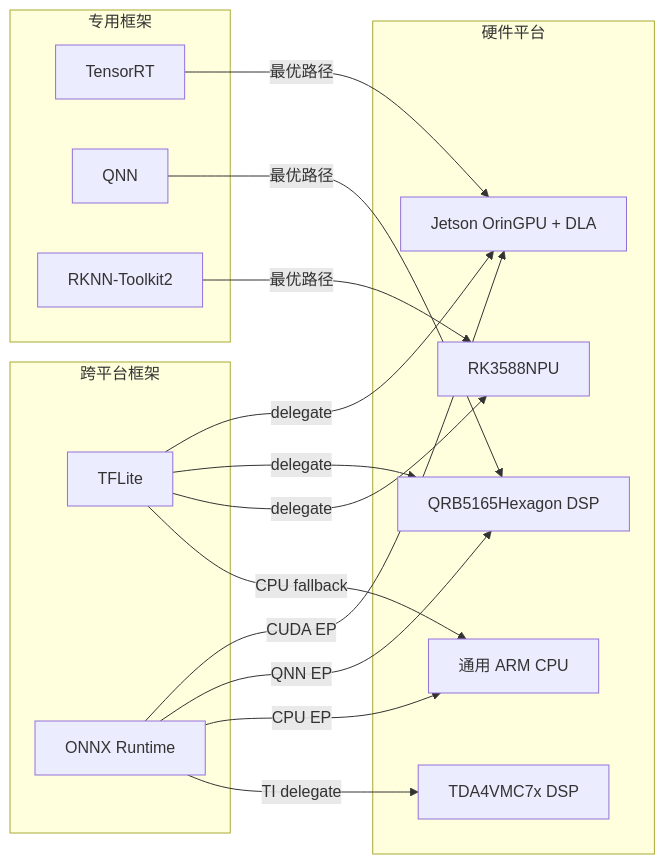
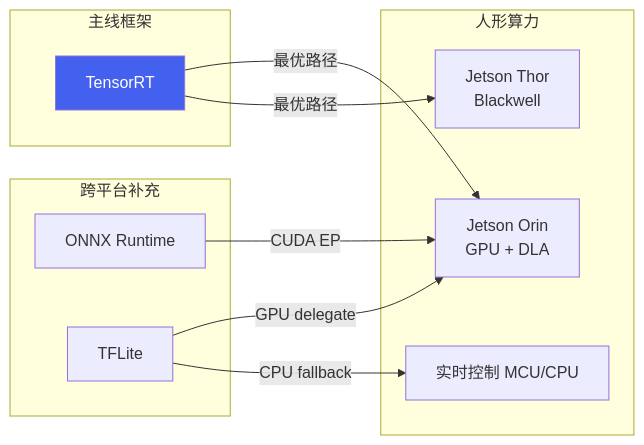
Before and after one commit to ranpin/edge-ai-docs: the second of 3 diagrams in robot/general/platforms.md, drawn with Mermaid. The commit also changed other lines of this file and 7 other files, not shown here.

````diff
--- a/robot/general/platforms.md
+++ b/robot/general/platforms.md
@@ -101,33 +125,22 @@
 ```mermaid
 graph LR
-    subgraph 专用框架
+    subgraph 主线框架
         TRT["TensorRT"]
-        QNN_F["QNN"]
-        RKNN_F["RKNN-Toolkit2"]
     end
+    subgraph 跨平台补充
+        ORT["ONNX Runtime"]
+        TFL["TFLite"]
+    end
+    subgraph 人形算力
+        ORIN["Jetson Orin<br/>GPU + DLA"]
+        THOR["Jetson Thor<br/>Blackwell"]
+        CPU["实时控制 MCU/CPU"]
+    end
+    TRT -->|最优路径| ORIN
+    TRT -->|最优路径| THOR
+    ORT -->|CUDA EP| ORIN
+    TFL -->|GPU delegate| ORIN
+    TFL -->|CPU fallback| CPU
 
-    subgraph 跨平台框架
-        TFL["TFLite"]
-        ORT["ONNX Runtime"]
-    end
-
-    subgraph 硬件平台
-        ORIN["Jetson OrinGPU + DLA"]
-        QRB["QRB5165Hexagon DSP"]
-        RK["RK3588NPU"]
-        TDA["TDA4VMC7x DSP"]
-        CPU["通用 ARM CPU"]
-    end
-
-    TRT -->|最优路径| ORIN
-    QNN_F -->|最优路径| QRB
-    RKNN_F -->|最优路径| RK
-    TFL -->|delegate| ORIN
-    TFL -->|delegate| QRB
-    TFL -->|delegate| RK
-    TFL -->|CPU fallback| CPU
-    ORT -->|CUDA EP| ORIN
-    ORT -->|QNN EP| QRB
-    ORT -->|CPU EP| CPU
-    ORT -->|TI delegate| TDA
+    style TRT fill:#4361ee,color:#fff
 ```
````
